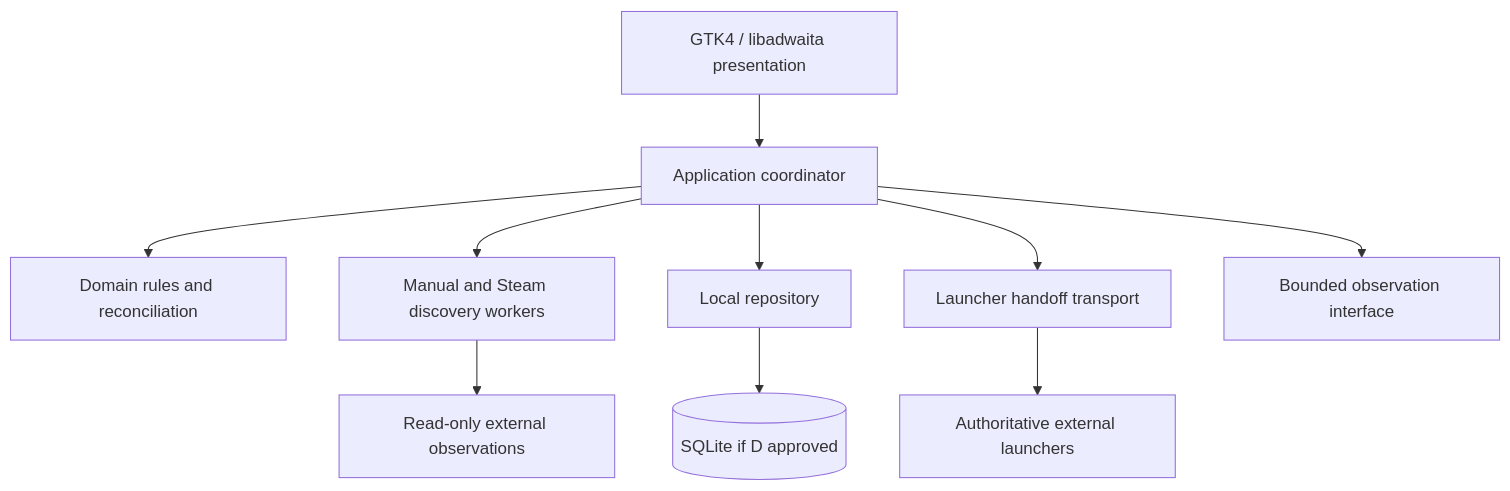
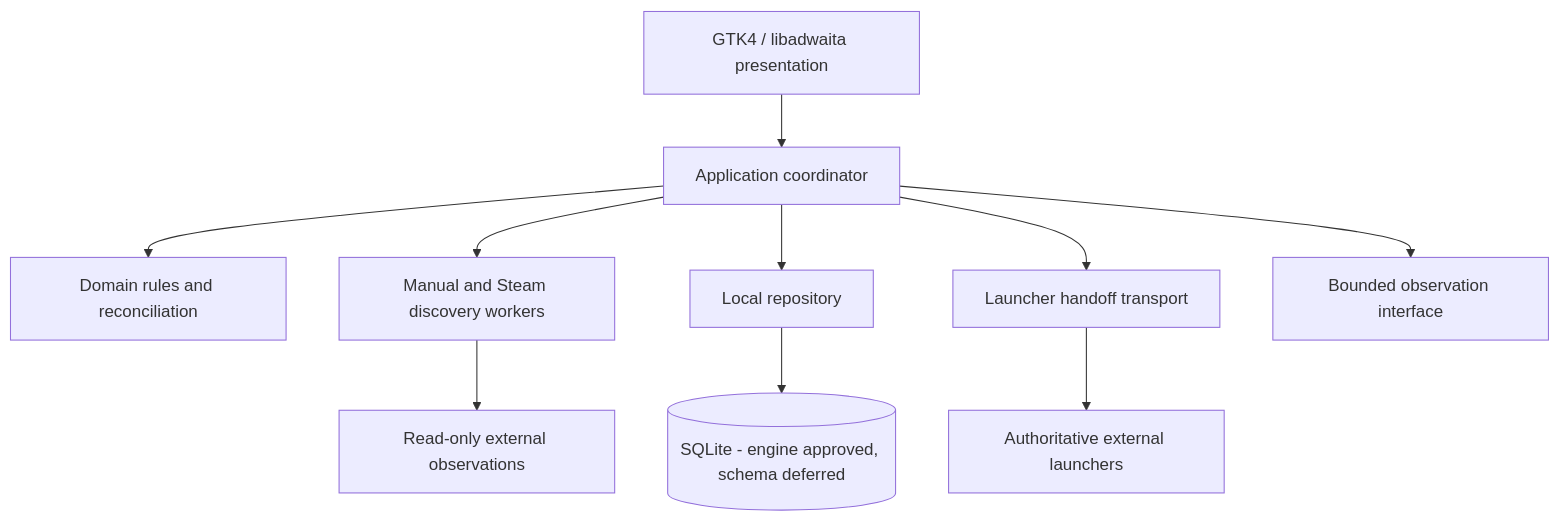
One commit to kareemsasa/koine changed the diagram in docs/architecture-options.md. Above: the diagram before and after it, drawn with Mermaid. The commit also changed other lines of this file and 3 other files, not shown here.

Commit message:
docs: record architecture approvals and review boundaries

````diff
--- a/docs/architecture-options.md
+++ b/docs/architecture-options.md
@@ -98,12 +112,12 @@
 ```mermaid
 flowchart TD
     UI[GTK4 / libadwaita presentation] --> APP[Application coordinator]
     APP --> CORE[Domain rules and reconciliation]
     APP --> DISC[Manual and Steam discovery workers]
     APP --> STORE[Local repository]
     APP --> HANDOFF[Launcher handoff transport]
     APP --> OBS[Bounded observation interface]
     DISC --> DATA[Read-only external observations]
-    STORE --> DB[(SQLite if D approved)]
+    STORE --> DB[(SQLite - engine approved, schema deferred)]
     HANDOFF --> LAUNCHERS[Authoritative external launchers]
 ```
````
